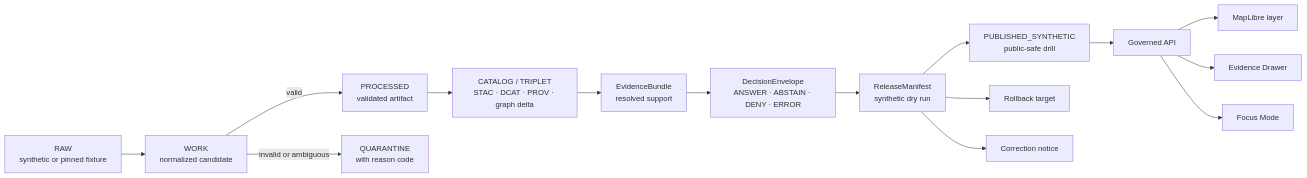
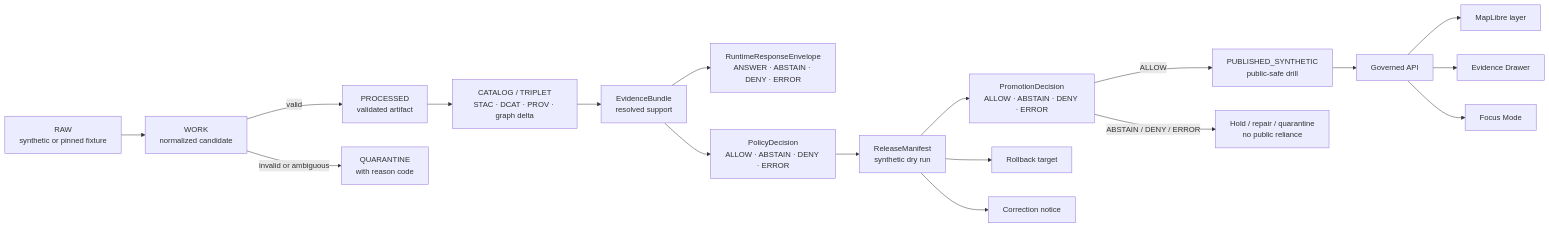
Before and after one commit to bartytime4life/Kansas-Frontier-Matrix: the diagram in docs/adr/ADR-0304-hydrology-first-proof-lane.md, drawn with Mermaid. The commit also changed other lines of this file, not shown here.

````diff
--- a/docs/adr/ADR-0304-hydrology-first-proof-lane.md
+++ b/docs/adr/ADR-0304-hydrology-first-proof-lane.md
@@ -229,20 +255,23 @@
 ```mermaid
 flowchart LR
   RAW["RAW<br/>synthetic or pinned fixture"] --> WORK["WORK<br/>normalized candidate"]
   WORK -->|valid| PROCESSED["PROCESSED<br/>validated artifact"]
   WORK -->|invalid or ambiguous| QUARANTINE["QUARANTINE<br/>with reason code"]
 
   PROCESSED --> CATALOG["CATALOG / TRIPLET<br/>STAC · DCAT · PROV · graph delta"]
   CATALOG --> EVIDENCE["EvidenceBundle<br/>resolved support"]
-  EVIDENCE --> DECISION["DecisionEnvelope<br/>ANSWER · ABSTAIN · DENY · ERROR"]
-  DECISION --> RELEASE["ReleaseManifest<br/>synthetic dry run"]
-  RELEASE --> PUBLISHED["PUBLISHED_SYNTHETIC<br/>public-safe drill"]
+  EVIDENCE --> RUNTIME["RuntimeResponseEnvelope<br/>ANSWER · ABSTAIN · DENY · ERROR"]
+  EVIDENCE --> POLICY["PolicyDecision<br/>ALLOW · ABSTAIN · DENY · ERROR"]
+  POLICY --> RELEASE["ReleaseManifest<br/>synthetic dry run"]
+  RELEASE --> PROMOTION["PromotionDecision<br/>ALLOW · ABSTAIN · DENY · ERROR"]
+  PROMOTION -->|ALLOW| PUBLISHED["PUBLISHED_SYNTHETIC<br/>public-safe drill"]
+  PROMOTION -->|ABSTAIN / DENY / ERROR| HOLD["Hold / repair / quarantine<br/>no public reliance"]
 
   PUBLISHED --> API["Governed API"]
   API --> MAP["MapLibre layer"]
   API --> DRAWER["Evidence Drawer"]
   API --> FOCUS["Focus Mode"]
 
   RELEASE --> ROLLBACK["Rollback target"]
   RELEASE --> CORRECTION["Correction notice"]
 ```
````
